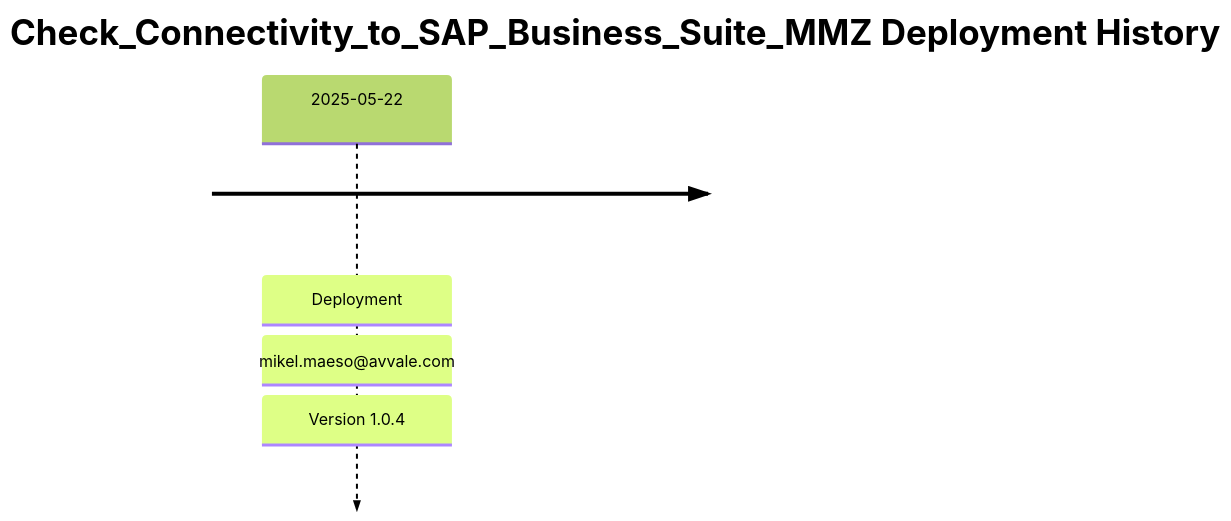
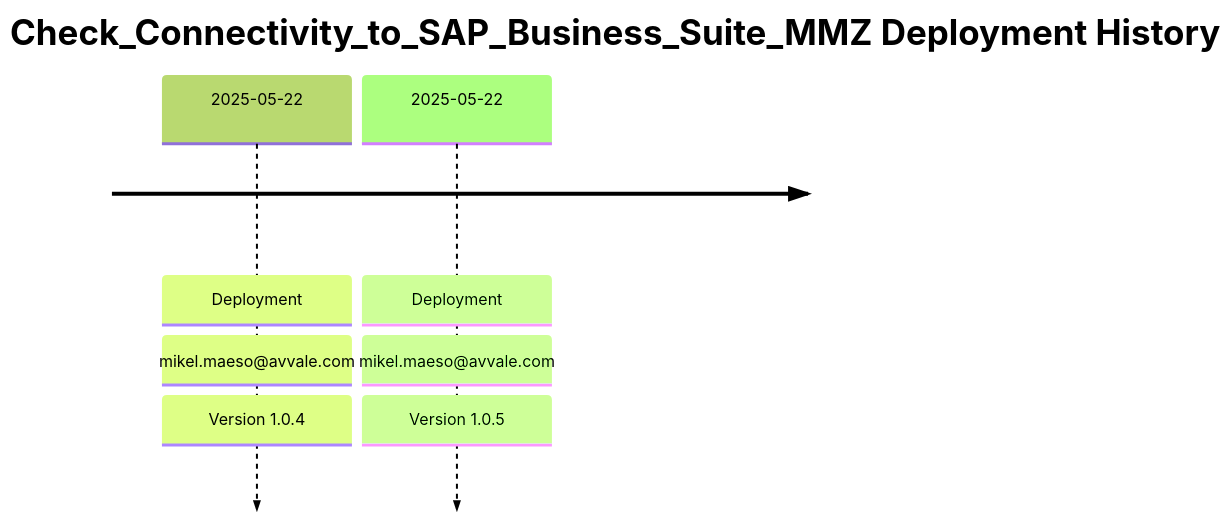
One commit to Avvale-IA-CICD/AvvaleCPI changed the diagram in MMZ - Cell Iflows/Check_Connectivity_to_SAP_Business_Suite_MMZ/README.md. Above: the diagram before and after it, drawn with Mermaid. The commit also changed other lines of this file, not shown here.

Commit message:
docs: Update master README for MMZ - Cell Iflows/Check_Connectivity_to_SAP_Business_Suite_MMZ (version 1.0.5)

````diff
--- a/MMZ - Cell Iflows/Check_Connectivity_to_SAP_Business_Suite_MMZ/README.md
+++ b/MMZ - Cell Iflows/Check_Connectivity_to_SAP_Business_Suite_MMZ/README.md
@@ -7,6 +9,7 @@
 ```mermaid
 %%{init: { 'logLevel': 'debug', 'theme': 'forest' } }%%
 timeline
     title Check_Connectivity_to_SAP_Business_Suite_MMZ Deployment History
     2025-05-22 : Deployment : mikel.maeso@avvale.com : Version 1.0.4
+    2025-05-22 : Deployment : mikel.maeso@avvale.com : Version 1.0.5
 ```
````
